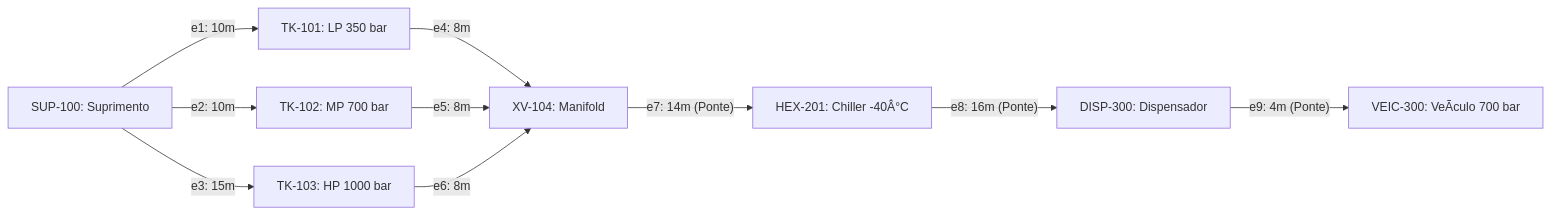
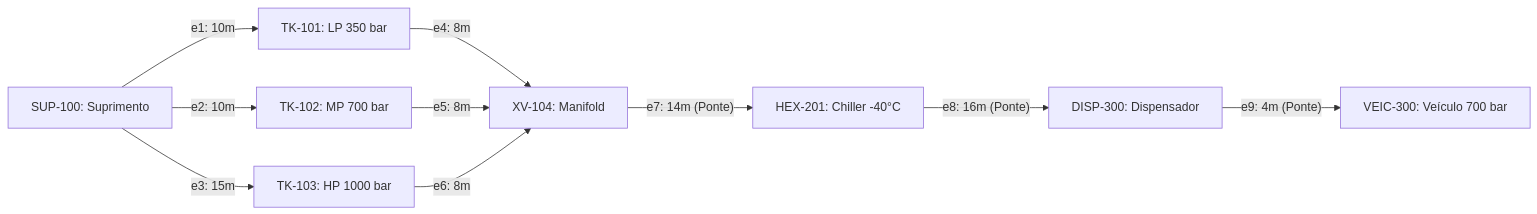
The diagram in DOCUMENTACAO_COMPLETA_ESTACAO_H2.md (leovarconrenno/Estacao-de-Reabastecimento-de-Hidrogenio---SCADA-Core), drawn with Mermaid before and after one commit. The commit also changed other lines of this file, not shown here.

````diff
--- a/DOCUMENTACAO_COMPLETA_ESTACAO_H2.md
+++ b/DOCUMENTACAO_COMPLETA_ESTACAO_H2.md
@@ -1215,12 +567,12 @@
 ```mermaid
 graph LR
     SUP["SUP-100: Suprimento"] -->|"e1: 10m"| TK1["TK-101: LP 350 bar"]
     SUP -->|"e2: 10m"| TK2["TK-102: MP 700 bar"]
     SUP -->|"e3: 15m"| TK3["TK-103: HP 1000 bar"]
     TK1 -->|"e4: 8m"| XV["XV-104: Manifold"]
     TK2 -->|"e5: 8m"| XV
     TK3 -->|"e6: 8m"| XV
-    XV -->|"e7: 14m (Ponte)"| HEX["HEX-201: Chiller -40Â°C"]
+    XV -->|"e7: 14m (Ponte)"| HEX["HEX-201: Chiller -40°C"]
     HEX -->|"e8: 16m (Ponte)"| DISP["DISP-300: Dispensador"]
-    DISP -->|"e9: 4m (Ponte)"| VEIC["VEIC-300: VeÃ­culo 700 bar"]
+    DISP -->|"e9: 4m (Ponte)"| VEIC["VEIC-300: Veículo 700 bar"]
 ```
````
